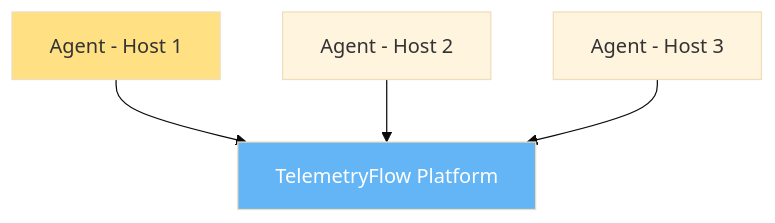
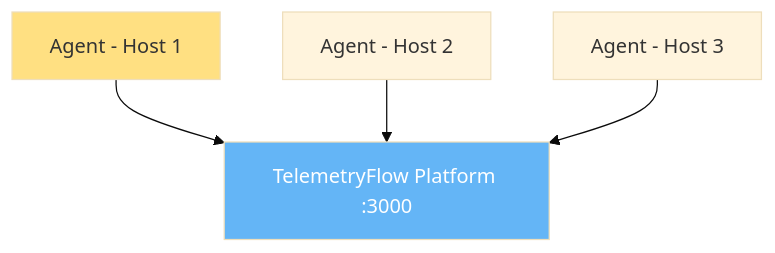
One commit to telemetryflow/telemetryflow-overview changed the tenth of 12 diagrams in tfo-otel/ARCHITECTURE.md. Above: the diagram before and after it, drawn with Mermaid (base theme). The commit also changed other lines of this file and 68 other files, not shown here.

Commit message:
feat: TFO Overview Update, TFO Platform v1.4.0

````diff
--- a/tfo-otel/ARCHITECTURE.md
+++ b/tfo-otel/ARCHITECTURE.md
@@ -533,14 +482,14 @@
 ```mermaid
 graph TB
     AGENT1[Agent - Host 1]
     AGENT2[Agent - Host 2]
     AGENT3[Agent - Host 3]
-    TFO[TelemetryFlow Platform]
+    TFO[TelemetryFlow Platform :3000]
 
     AGENT1 --> TFO
     AGENT2 --> TFO
     AGENT3 --> TFO
 
     style AGENT1 fill:#FFE082
     style TFO fill:#64B5F6,color:#fff
 ```
````
